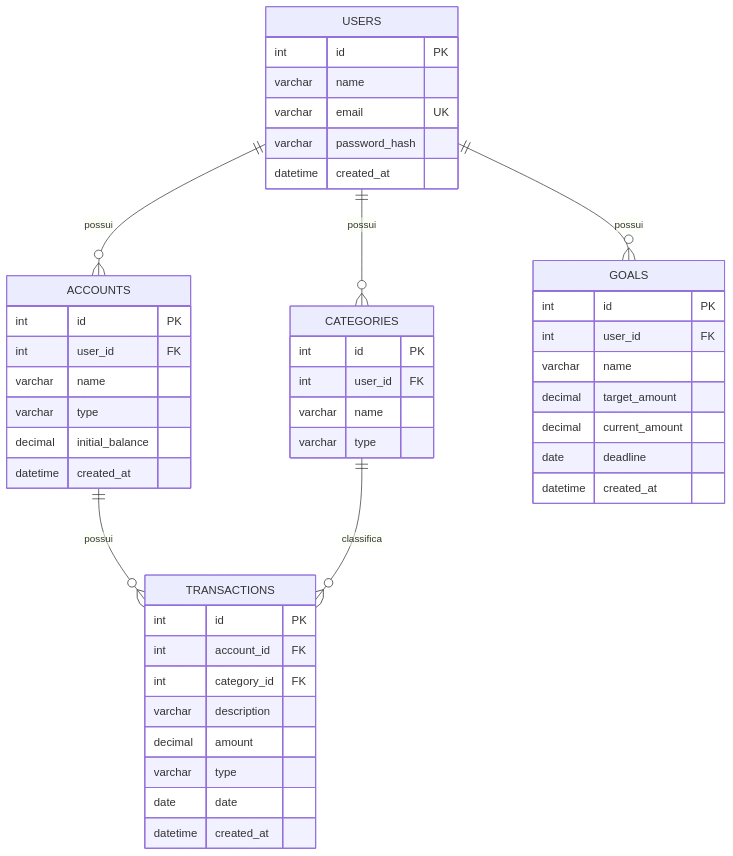
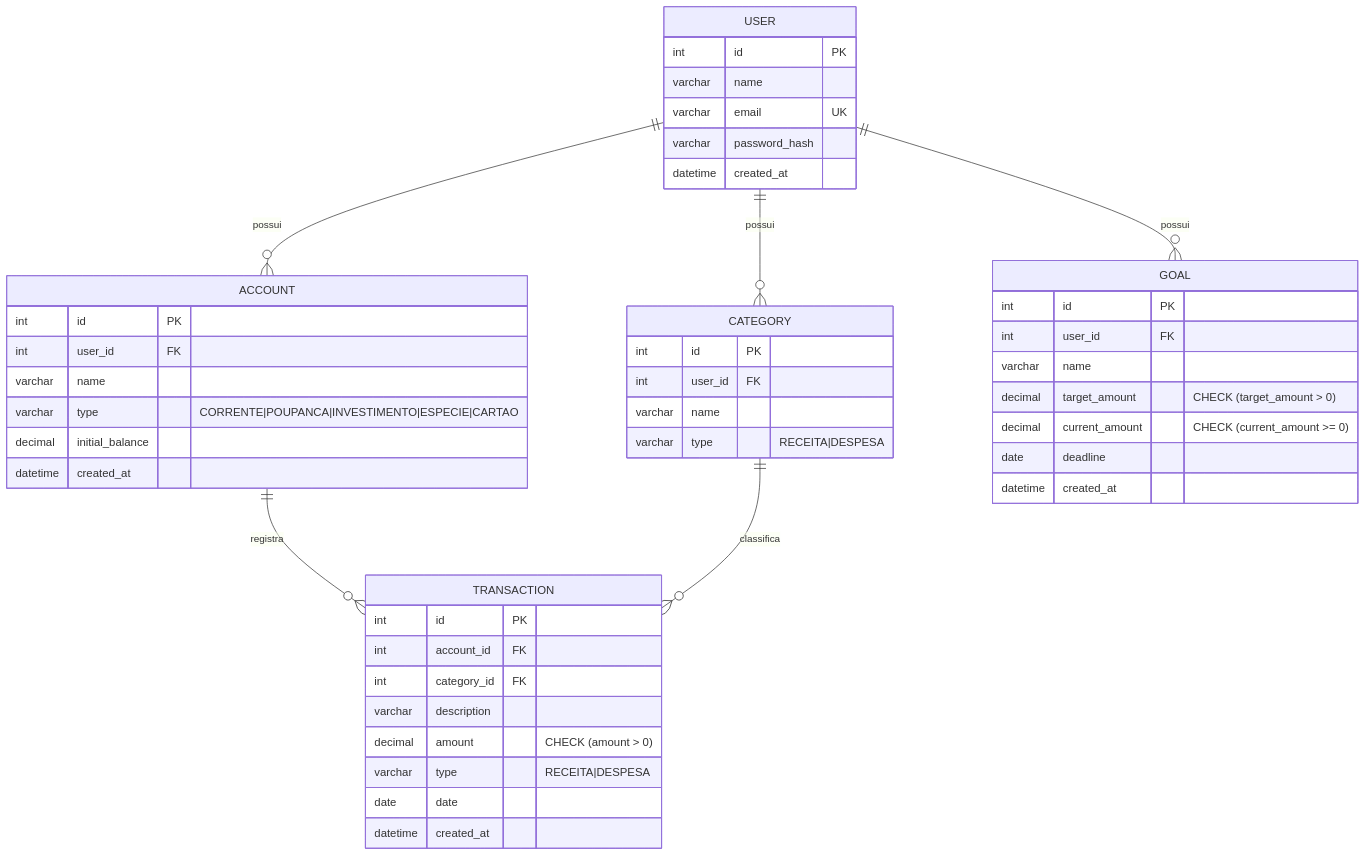
Before and after one commit to DaniloLopes7/5-Centavos: the diagram in docs/DER.md, drawn with Mermaid. The commit also changed other lines of this file and 122 other files, not shown here.

````diff
--- a/docs/DER.md
+++ b/docs/DER.md
@@ -27,54 +5,53 @@
 ```mermaid
 erDiagram
+    USER ||--o{ ACCOUNT : possui
+    USER ||--o{ CATEGORY : possui
+    USER ||--o{ GOAL : possui
+    ACCOUNT ||--o{ TRANSACTION : registra
+    CATEGORY ||--o{ TRANSACTION : classifica
 
-    USERS ||--o{ ACCOUNTS : possui
-    USERS ||--o{ CATEGORIES : possui
-    USERS ||--o{ GOALS : possui
-    ACCOUNTS ||--o{ TRANSACTIONS : possui
-    CATEGORIES ||--o{ TRANSACTIONS : classifica
-
-    USERS {
+    USER {
         int id PK
         varchar name
         varchar email UK
         varchar password_hash
         datetime created_at
     }
 
-    ACCOUNTS {
+    ACCOUNT {
         int id PK
         int user_id FK
         varchar name
-        varchar type
+        varchar type "CORRENTE|POUPANCA|INVESTIMENTO|ESPECIE|CARTAO"
         decimal initial_balance
         datetime created_at
     }
 
-    CATEGORIES {
+    CATEGORY {
         int id PK
         int user_id FK
         varchar name
-        varchar type
+        varchar type "RECEITA|DESPESA"
     }
 
-    TRANSACTIONS {
+    TRANSACTION {
         int id PK
         int account_id FK
         int category_id FK
         varchar description
-        decimal amount
-        varchar type
+        decimal amount "CHECK (amount > 0)"
+        varchar type "RECEITA|DESPESA"
         date date
         datetime created_at
     }
 
-    GOALS {
+    GOAL {
         int id PK
         int user_id FK
         varchar name
-        decimal target_amount
-        decimal current_amount
+        decimal target_amount "CHECK (target_amount > 0)"
+        decimal current_amount "CHECK (current_amount >= 0)"
         date deadline
         datetime created_at
     }
 ```
````
